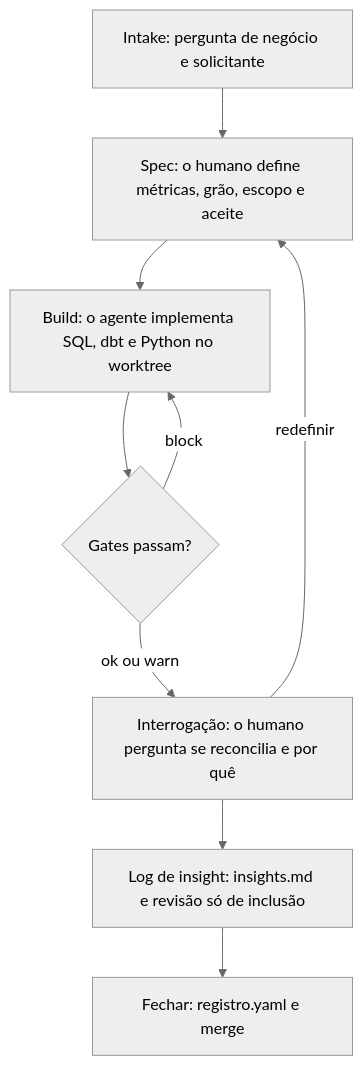
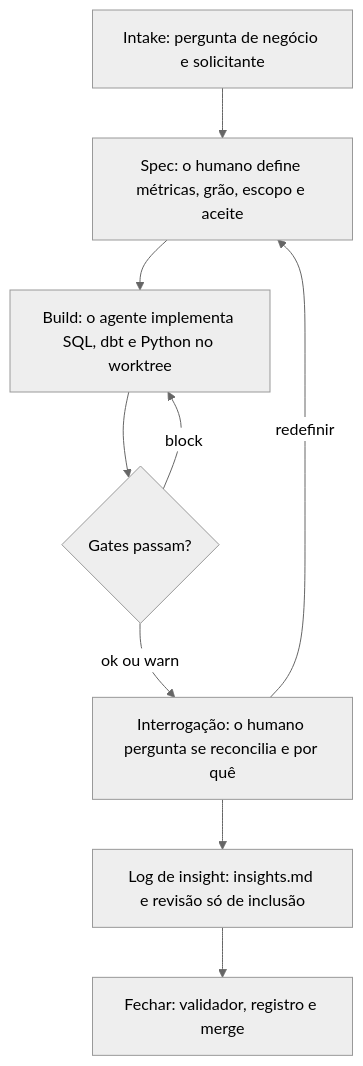
The diagram in README.pt-BR.md (afonsoalrocha/analytics-hub-template), drawn with Mermaid (neutral theme) before and after one commit. The commit also changed other lines of this file and 38 other files, not shown here.

````diff
--- a/README.pt-BR.md
+++ b/README.pt-BR.md
@@ -24,11 +24,11 @@
 ```mermaid
 flowchart TD
   A[Intake: pergunta de negócio e solicitante] --> B[Spec: o humano define métricas, grão, escopo e aceite]
   B --> C[Build: o agente implementa SQL, dbt e Python no worktree]
   C --> D{Gates passam?}
   D -->|block| C
   D -->|ok ou warn| E[Interrogação: o humano pergunta se reconcilia e por quê]
   E -->|redefinir| B
   E --> F[Log de insight: insights.md e revisão só de inclusão]
-  F --> G[Fechar: registro.yaml e merge]
+  F --> G[Fechar: validador, registro e merge]
 ```
````
